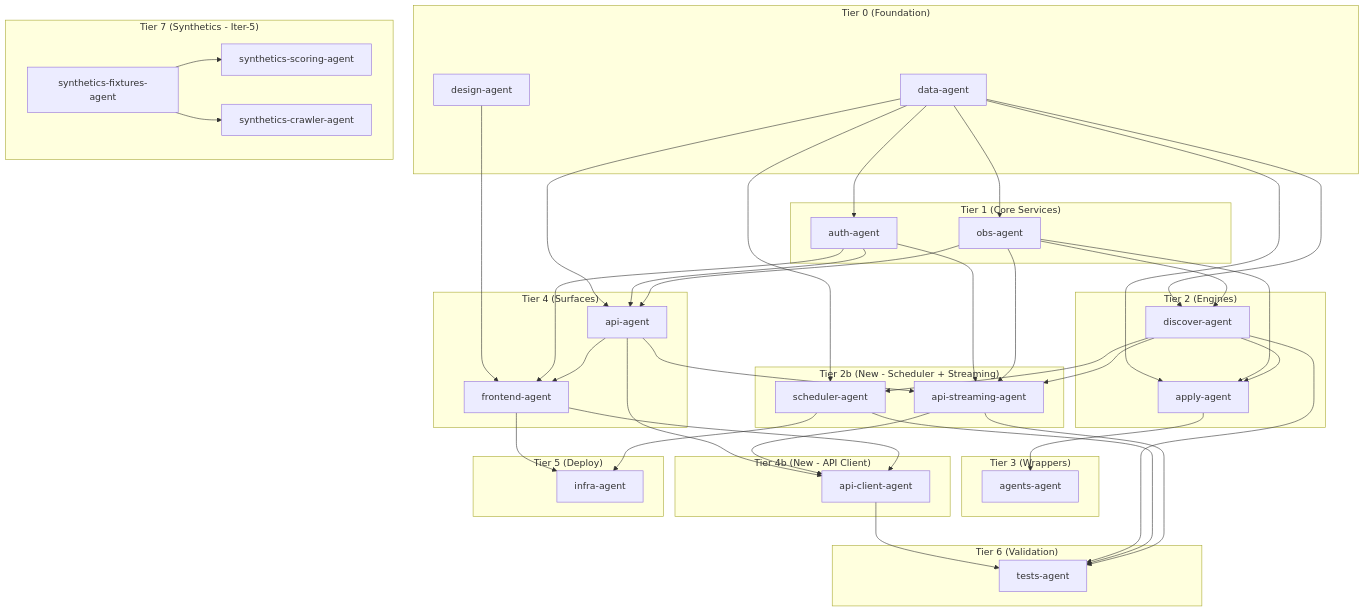
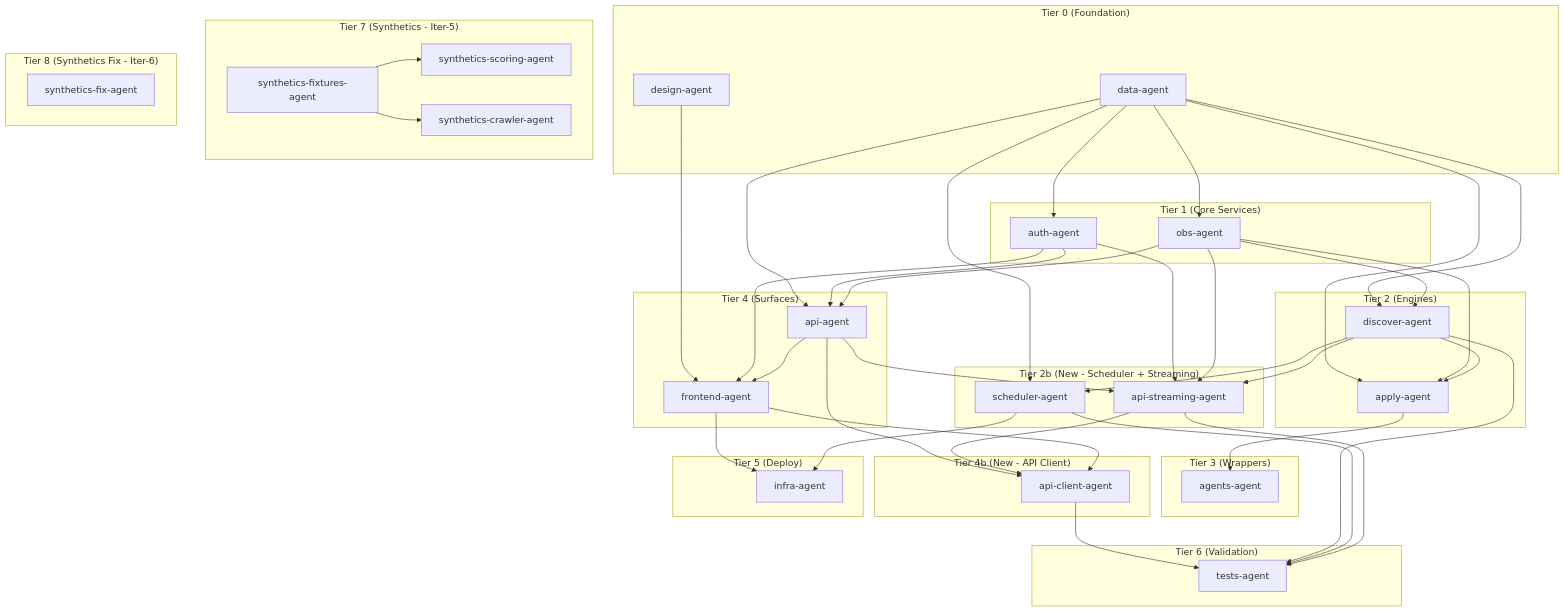
One commit to spy-sauce/creation-station changed the diagram in CELLULAR-MAP.md. Above: the diagram before and after it, drawn with Mermaid. The commit also changed other lines of this file and 15 other files, not shown here.

````diff
--- a/CELLULAR-MAP.md
+++ b/CELLULAR-MAP.md
@@ -317,6 +333,10 @@
         SYNTHCRAWLER[synthetics-crawler-agent]
     end
 
+    subgraph "Tier 8 (Synthetics Fix - Iter-6)"
+        SYNTHFIX[synthetics-fix-agent]
+    end
+
     DATA --> AUTH
     DATA --> OBS
     DATA --> DISCOVER
@@ -361,4 +381,7 @@
     %% Iter-5 synthetics dependencies
     SYNTHFIXTURES --> SYNTHSCORING
     SYNTHFIXTURES --> SYNTHCRAWLER
+
+    %% Iter-6 fix (additive seam, no upstream deps)
+    %% SYNTHFIX has no blocked_by — runs independently
 ```
````
